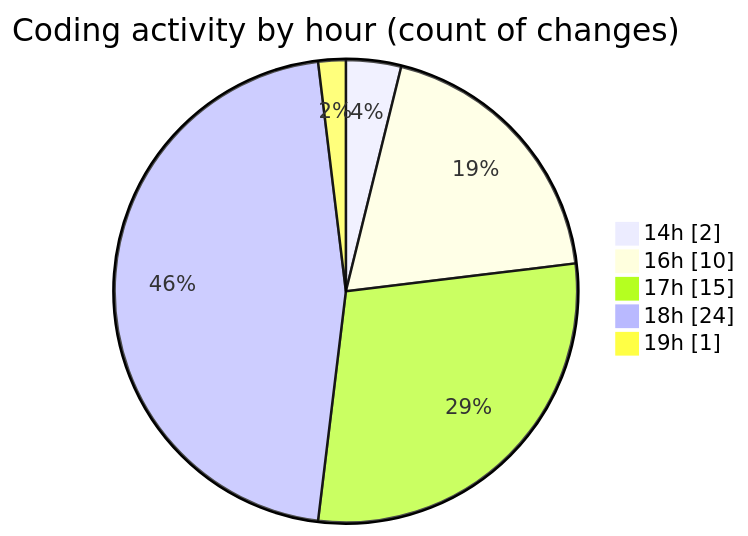
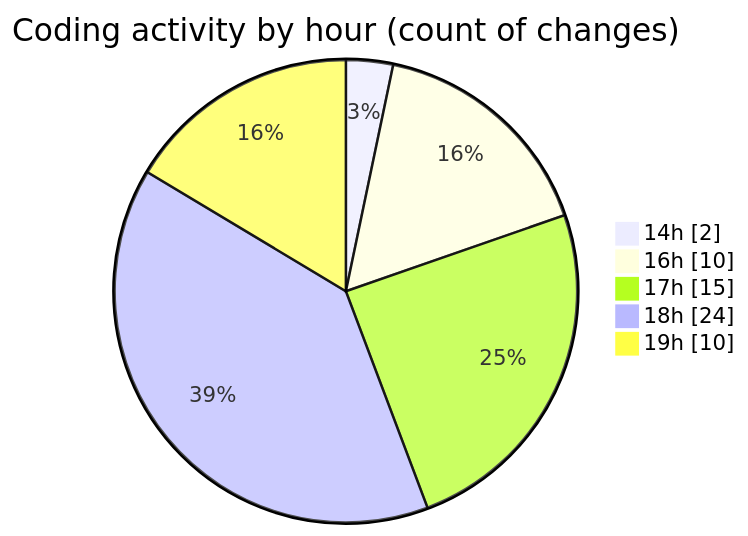
Before and after one commit to Ritupan-Deka/code-tracking: the second of 2 diagrams in 2025-06-18/scopesketch-app/README.md, drawn with Mermaid. The commit also changed other lines of this file and 1 other file, not shown here.

````diff
--- a/2025-06-18/scopesketch-app/README.md
+++ b/2025-06-18/scopesketch-app/README.md
@@ -41,9 +41,9 @@
 ```mermaid
 pie showData
 title Coding activity by hour (count of changes)
 "14h" : 2
 "16h" : 10
 "17h" : 15
 "18h" : 24
-"19h" : 1
+"19h" : 10
 ```
````
